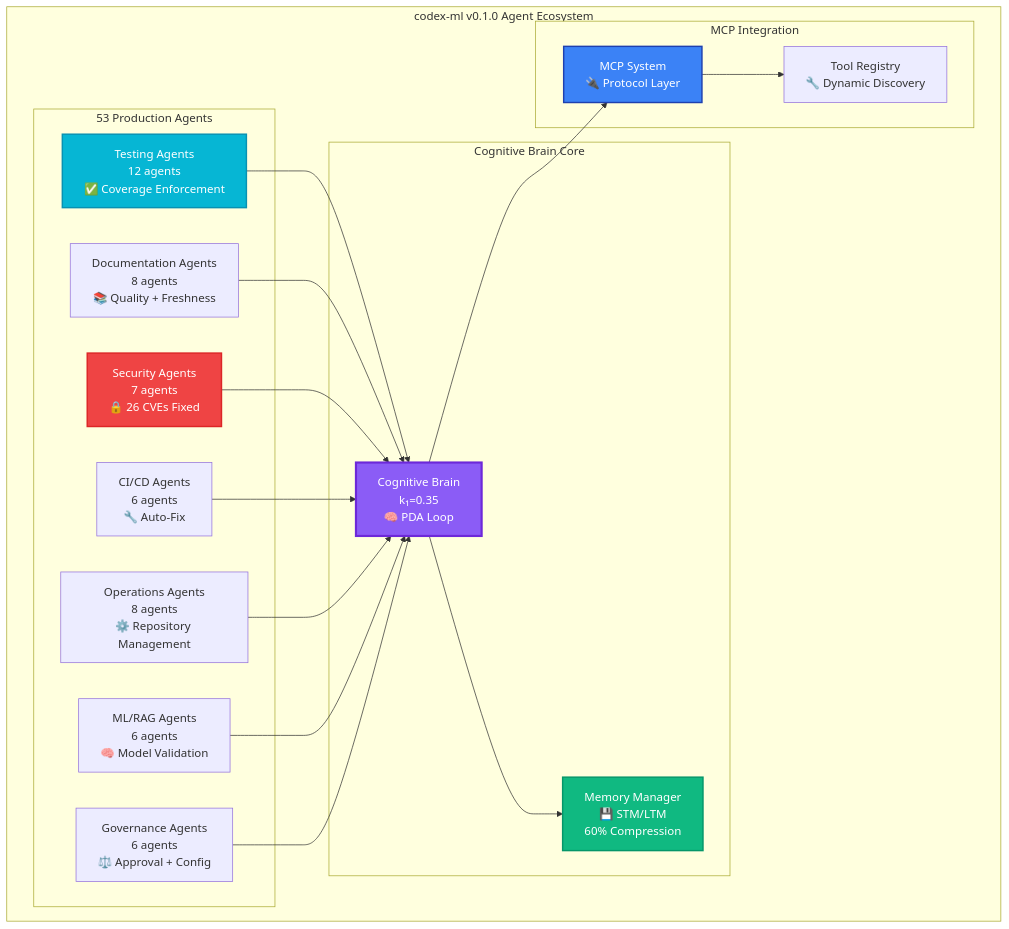
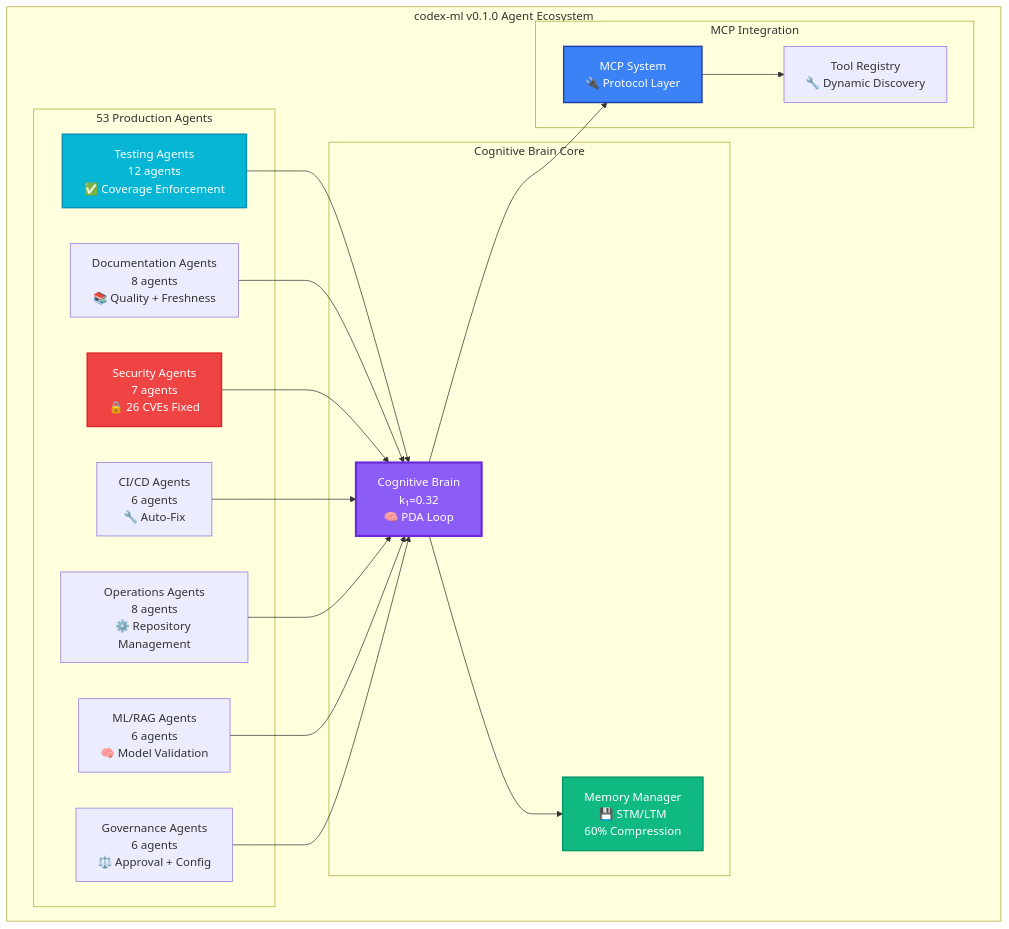
One commit to Aries-Serpent/_codex_ changed the first of 2 diagrams in .github/agents/QA_AGENT_ARCHITECTURE_DIAGRAMS.md. Above: the diagram before and after it, drawn with Mermaid. The commit also changed 74 other files, not shown here.

````diff
--- a/.github/agents/QA_AGENT_ARCHITECTURE_DIAGRAMS.md
+++ b/.github/agents/QA_AGENT_ARCHITECTURE_DIAGRAMS.md
@@ -16,44 +16,44 @@
 ```mermaid
 graph TB
     subgraph "codex-ml v0.1.0 Agent Ecosystem"
         subgraph "53 Production Agents"
             Testing[Testing Agents<br/>12 agents<br/>✅ Coverage Enforcement]
             Docs[Documentation Agents<br/>8 agents<br/>📚 Quality + Freshness]
             Security[Security Agents<br/>7 agents<br/>🔒 26 CVEs Fixed]
             CI[CI/CD Agents<br/>6 agents<br/>🔧 Auto-Fix]
             Ops[Operations Agents<br/>8 agents<br/>⚙️ Repository Management]
             ML[ML/RAG Agents<br/>6 agents<br/>🧠 Model Validation]
             Gov[Governance Agents<br/>6 agents<br/>⚖️ Approval + Config]
         end
         
         subgraph "Cognitive Brain Core"
-            Brain[Cognitive Brain<br/>k₁=0.35<br/>🧠 PDA Loop]
+            Brain[Cognitive Brain<br/>k₁=0.32<br/>🧠 PDA Loop]
             Memory[Memory Manager<br/>💾 STM/LTM<br/>60% Compression]
         end
         
         subgraph "MCP Integration"
             MCP[MCP System<br/>🔌 Protocol Layer]
             Tools[Tool Registry<br/>🔧 Dynamic Discovery]
         end
     end
     
     %% Connections
     Testing --> Brain
     Docs --> Brain
     Security --> Brain
     CI --> Brain
     Ops --> Brain
     ML --> Brain
     Gov --> Brain
     
     Brain --> Memory
     Brain --> MCP
     MCP --> Tools
     
     %% Styling
     style Brain fill:#8b5cf6,stroke:#6d28d9,stroke-width:3px,color:#fff
     style Memory fill:#10b981,stroke:#059669,stroke-width:2px,color:#fff
     style MCP fill:#3b82f6,stroke:#1e40af,stroke-width:2px,color:#fff
     style Security fill:#ef4444,stroke:#dc2626,stroke-width:2px,color:#fff
     style Testing fill:#06b6d4,stroke:#0891b2,stroke-width:2px,color:#fff
 ```
````
